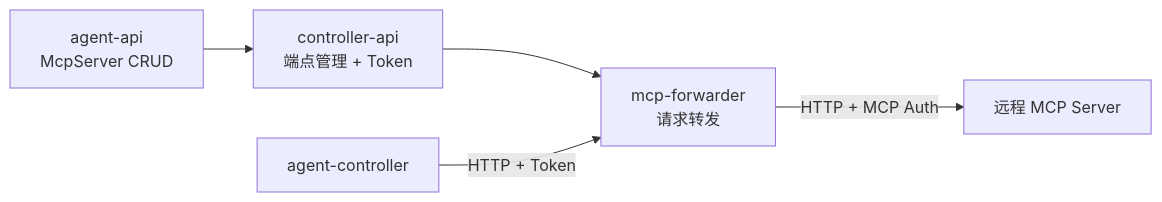
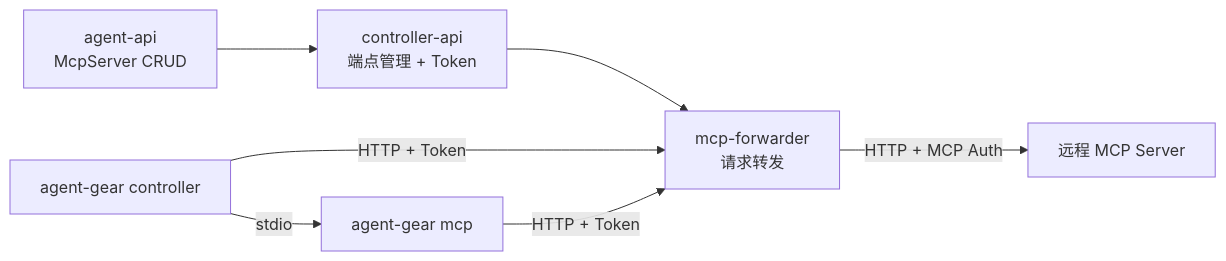
The second of 4 diagrams in docs/engineering/proposals/20260530-feat-mcp-proxy-config.md (Deliay/z-agent-gear), drawn with Mermaid before and after one commit. The commit also changed other lines of this file, not shown here.

Commit message:
docs(proposal): agent-gear新增mcp子命令，stdio代理集成到controller

````diff
--- a/docs/engineering/proposals/20260530-feat-mcp-proxy-config.md
+++ b/docs/engineering/proposals/20260530-feat-mcp-proxy-config.md
@@ -133,7 +137,9 @@
 ```mermaid
 graph LR
     A[agent-api<br/>McpServer CRUD] --> B[controller-api<br/>端点管理 + Token]
     B --> C[mcp-forwarder<br/>请求转发]
-    D[agent-controller] -->|HTTP + Token| C
-    C -->|HTTP + MCP Auth| E[远程 MCP Server]
+    D[agent-gear controller] -->|HTTP + Token| C
+    E[agent-gear mcp] -->|HTTP + Token| C
+    D -->|stdio| E
+    C -->|HTTP + MCP Auth| F[远程 MCP Server]
 ```
````
